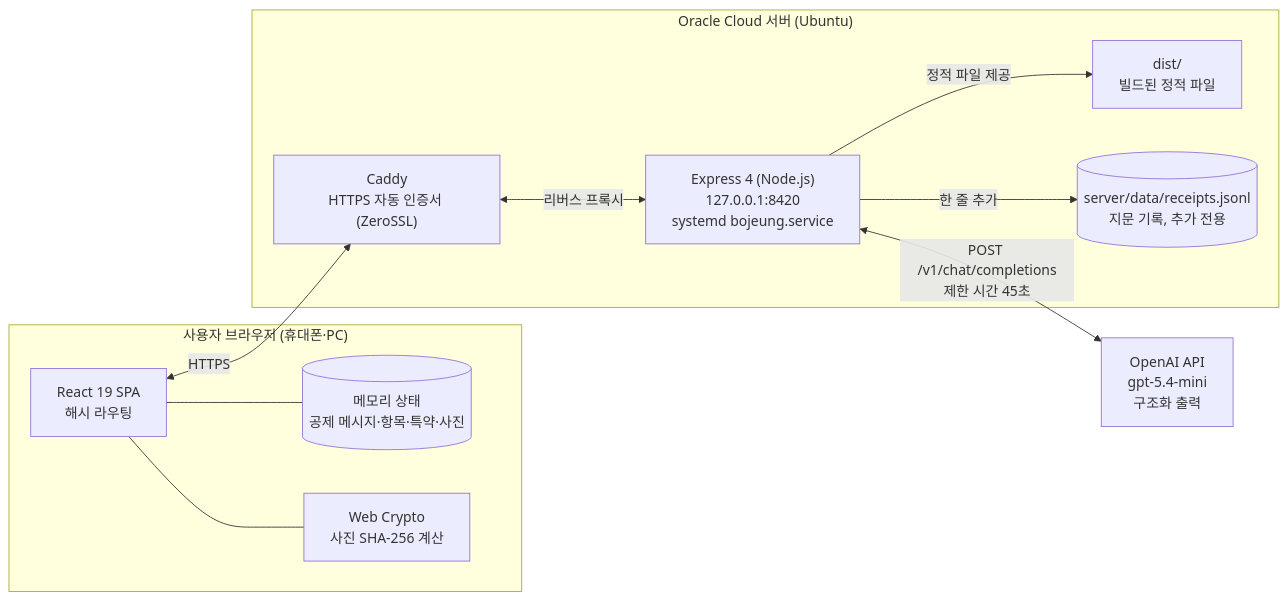
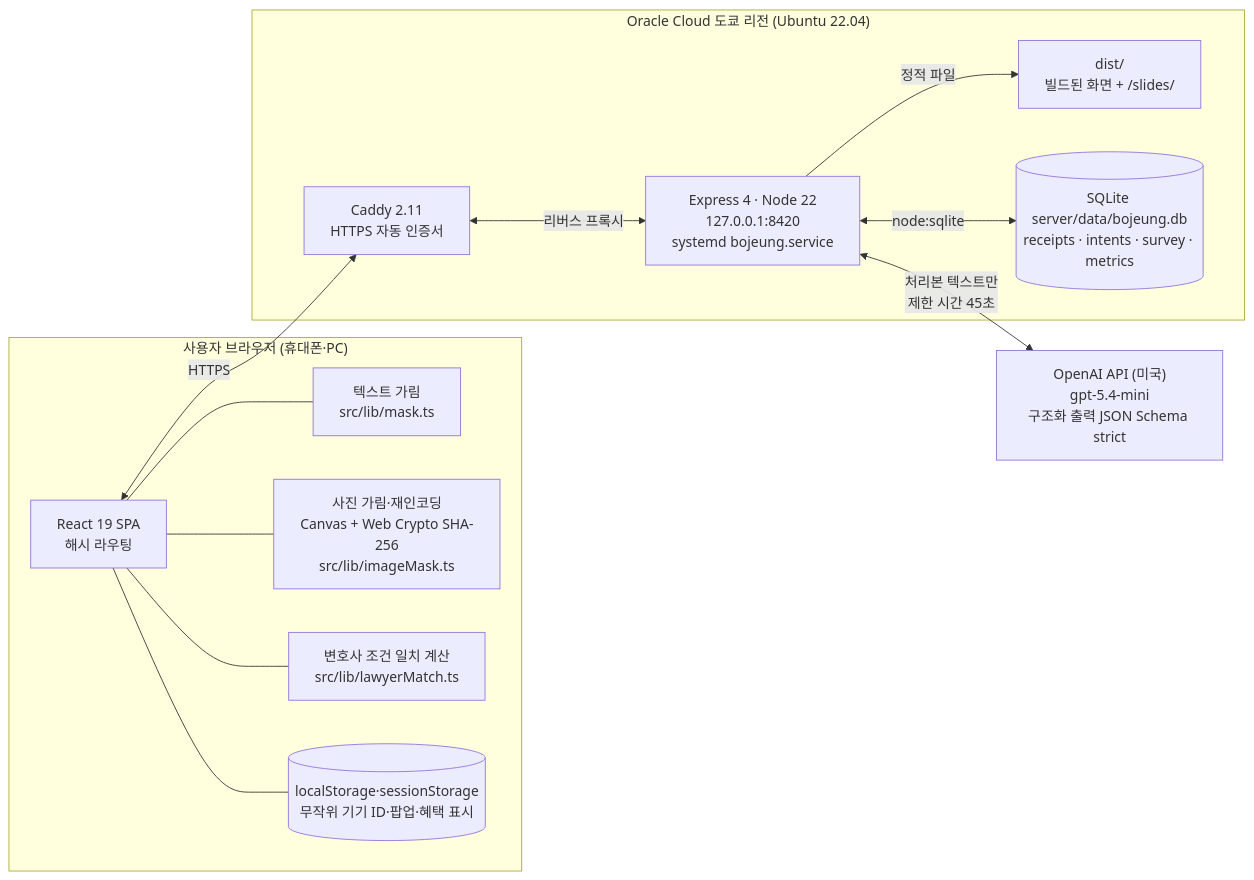
The first of 6 diagrams in docs/ARCHITECTURE.md (a1paka12/AIBuilder_Challenge), drawn with Mermaid before and after one commit. The commit also changed other lines of this file and 82 other files, not shown here.

````diff
--- a/docs/ARCHITECTURE.md
+++ b/docs/ARCHITECTURE.md
@@ -11,25 +21,29 @@
 ```mermaid
 flowchart LR
     subgraph BR["사용자 브라우저 (휴대폰·PC)"]
         SPA["React 19 SPA<br/>해시 라우팅"]
-        MEM[("메모리 상태<br/>공제 메시지·항목·특약·사진")]
-        WC["Web Crypto<br/>사진 SHA-256 계산"]
-        SPA --- MEM
-        SPA --- WC
+        MASK["텍스트 가림<br/>src/lib/mask.ts"]
+        CANVAS["사진 가림·재인코딩<br/>Canvas + Web Crypto SHA-256<br/>src/lib/imageMask.ts"]
+        MATCH["변호사 조건 일치 계산<br/>src/lib/lawyerMatch.ts"]
+        LS[("localStorage·sessionStorage<br/>무작위 기기 ID·팝업·혜택 표시")]
+        SPA --- MASK
+        SPA --- CANVAS
+        SPA --- MATCH
+        SPA --- LS
     end
 
-    subgraph OCI["Oracle Cloud 서버 (Ubuntu)"]
-        CADDY["Caddy<br/>HTTPS 자동 인증서 (ZeroSSL)"]
-        EXP["Express 4 (Node.js)<br/>127.0.0.1:8420<br/>systemd bojeung.service"]
-        DIST["dist/<br/>빌드된 정적 파일"]
-        RLOG[("server/data/receipts.jsonl<br/>지문 기록, 추가 전용")]
+    subgraph OCI["Oracle Cloud 도쿄 리전 (Ubuntu 22.04)"]
+        CADDY["Caddy 2.11<br/>HTTPS 자동 인증서"]
+        EXP["Express 4 · Node 22<br/>127.0.0.1:8420<br/>systemd bojeung.service"]
+        DIST["dist/<br/>빌드된 화면 + /slides/"]
+        DB[("SQLite server/data/bojeung.db<br/>receipts · intents · survey · metrics")]
         CADDY <-->|"리버스 프록시"| EXP
-        EXP -->|"정적 파일 제공"| DIST
-        EXP -->|"한 줄 추가"| RLOG
+        EXP -->|"정적 파일"| DIST
+        EXP <-->|"node:sqlite"| DB
     end
 
-    OAI["OpenAI API<br/>gpt-5.4-mini<br/>구조화 출력"]
+    OAI["OpenAI API (미국)<br/>gpt-5.4-mini<br/>구조화 출력 JSON Schema strict"]
 
     SPA <-->|"HTTPS"| CADDY
-    EXP <-->|"POST /v1/chat/completions<br/>제한 시간 45초"| OAI
+    EXP <-->|"처리본 텍스트만<br/>제한 시간 45초"| OAI
 ```
````
